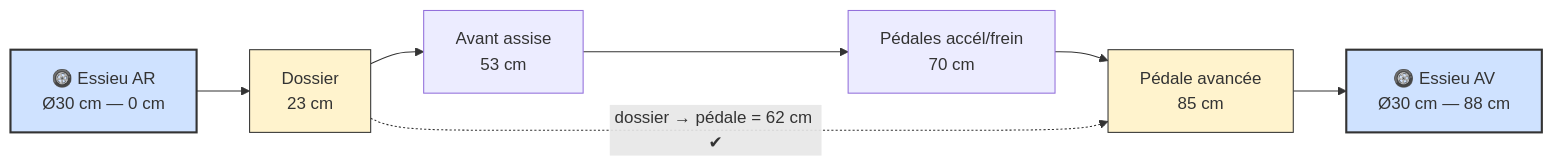
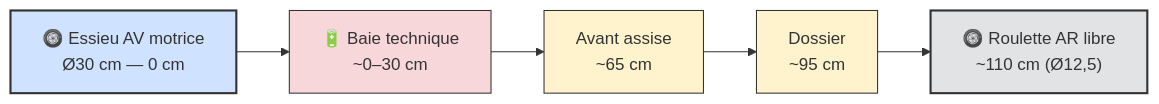
The second of 10 diagrams in README.md (pinkymaxou/powered-soapbox-car), drawn with Mermaid before and after one commit. The commit also changed other lines of this file and 23 other files, not shown here.

````diff
--- a/README.md
+++ b/README.md
@@ -136,17 +138,19 @@
 ```mermaid
 flowchart LR
-    AR["🛞 Essieu AR<br/>Ø30 cm — 0 cm"]
-    DOS["Dossier<br/>23 cm"]
-    ASS["Avant assise<br/>53 cm"]
-    PED["Pédales accél/frein<br/>70 cm"]
-    PAV["Pédale avancée<br/>85 cm"]
-    AV["🛞 Essieu AV<br/>Ø30 cm — 88 cm"]
+    AV["🛞 Essieu AV motrice<br/>Ø30 cm — 0 cm"]
+    BAY["🔋 Baie technique<br/>~0–30 cm"]
+    ASS["Avant assise<br/>~65 cm"]
+    DOS["Dossier<br/>~95 cm"]
+    AR["🛞 Roulette AR libre<br/>~110 cm (Ø12,5)"]
 
-    AR --> DOS --> ASS --> PED --> PAV --> AV
-    DOS -. "dossier → pédale = 62 cm ✔" .-> PAV
+    AV --> BAY --> ASS --> DOS --> AR
 
     classDef axe fill:#cfe2ff,stroke:#333,stroke-width:2px;
+    classDef caster fill:#e2e3e5,stroke:#333,stroke-width:2px;
     classDef ergo fill:#fff3cd,stroke:#333;
-    class AR,AV axe;
-    class DOS,PAV ergo;
+    classDef elec fill:#f8d7da,stroke:#333;
+    class AV axe;
+    class AR caster;
+    class ASS,DOS ergo;
+    class BAY elec;
 ```
````
